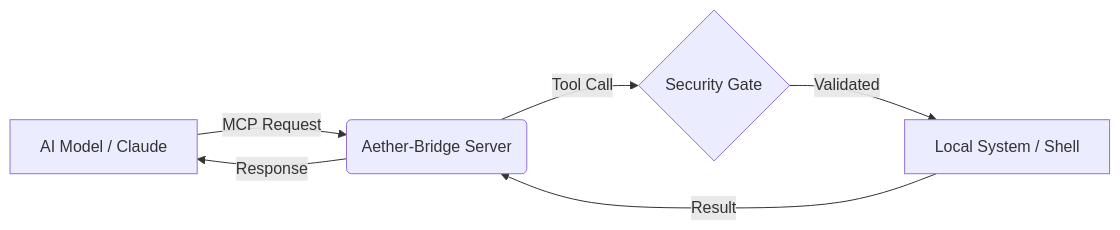
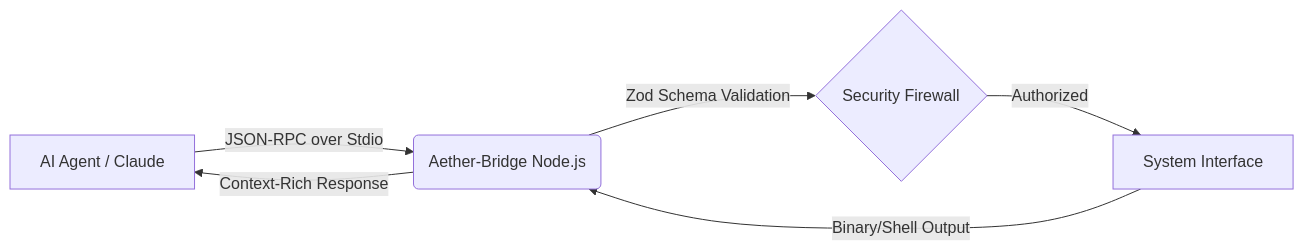
Before and after one commit to kamalesh4044/aether-bridge: the diagram in README.md, drawn with Mermaid. The commit also changed other lines of this file and 1 other file, not shown here.

Commit message:
Upgrade: Ultra-Pro README and Advanced Binary Tools

````diff
--- a/README.md
+++ b/README.md
@@ -28,8 +37,8 @@
 ```mermaid
 graph LR
-    A[AI Model / Claude] -- MCP Request --> B(Aether-Bridge Server)
-    B -- Tool Call --> C{Security Gate}
-    C -- Validated --> D[Local System / Shell]
-    D -- Result --> B
-    B -- Response --> A
+    A[AI Agent / Claude] -- JSON-RPC over Stdio --> B(Aether-Bridge Node.js)
+    B -- Zod Schema Validation --> C{Security Firewall}
+    C -- Authorized --> D[System Interface]
+    D -- Binary/Shell Output --> B
+    B -- Context-Rich Response --> A
 ```
````
